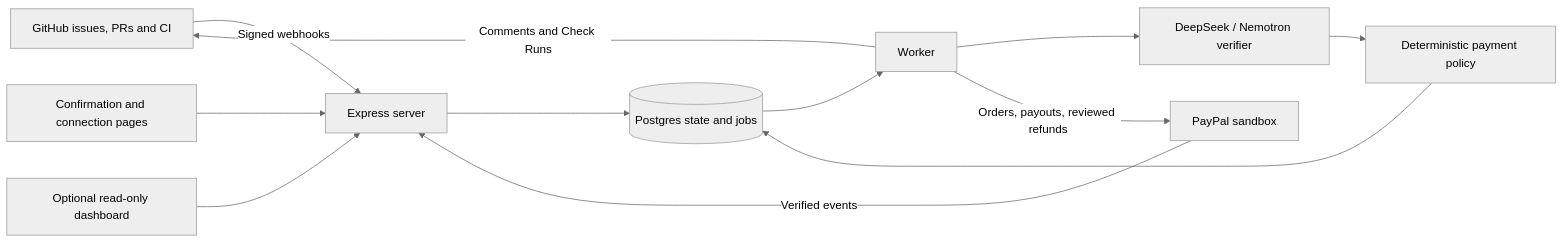
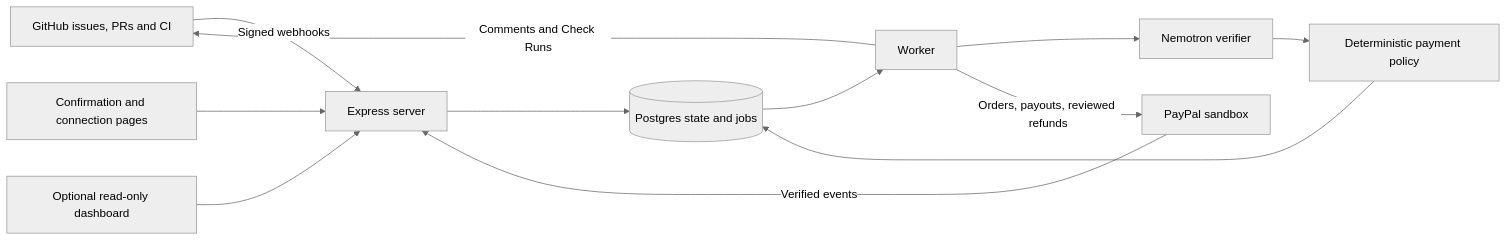
One commit to Me-cha/repopay changed the diagram in README.md. Above: the diagram before and after it, drawn with Mermaid (neutral theme). The commit also changed other lines of this file and 23 other files, not shown here.

````diff
--- a/README.md
+++ b/README.md
@@ -52,14 +52,14 @@
 ```mermaid
 flowchart LR
     GH[GitHub issues, PRs and CI] -->|Signed webhooks| API[Express server]
     PP[PayPal sandbox] -->|Verified events| API
     API --> DB[(Postgres state and jobs)]
     DB --> W[Worker]
-    W --> AI[DeepSeek / Nemotron verifier]
+    W --> AI[Nemotron verifier]
     AI --> P[Deterministic payment policy]
     P --> DB
     W -->|Orders, payouts, reviewed refunds| PP
     W -->|Comments and Check Runs| GH
     UI[Confirmation and connection pages] --> API
     VIEW[Optional read-only dashboard] --> API
 ```
````
